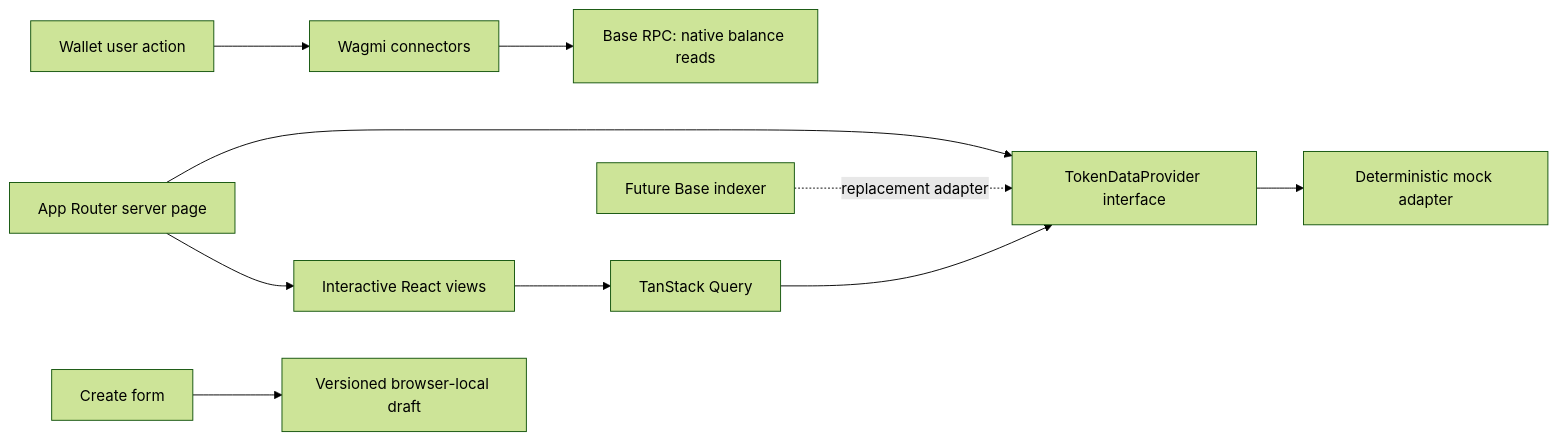
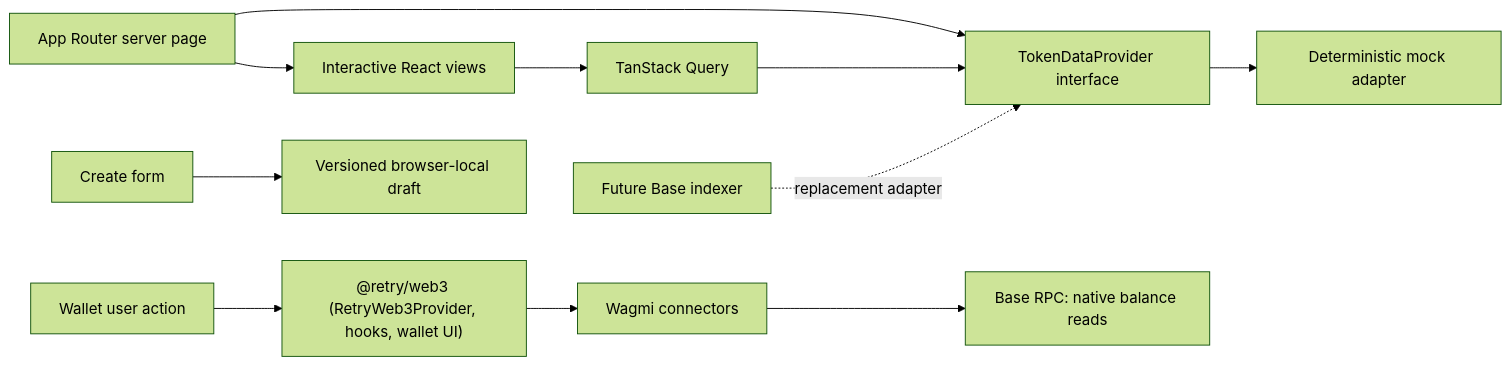
The diagram in docs/ARCHITECTURE.md (ArthurBudagMatsuda/launchpadlendaria), drawn with Mermaid (forest theme) before and after one commit. The commit also changed other lines of this file and 6 other files, not shown here.

````diff
--- a/docs/ARCHITECTURE.md
+++ b/docs/ARCHITECTURE.md
@@ -11,12 +11,13 @@
 ```mermaid
 flowchart LR
   Page[App Router server page] --> Provider[TokenDataProvider interface]
   Provider --> Demo[Deterministic mock adapter]
   Page --> UI[Interactive React views]
   UI --> Query[TanStack Query]
   Query --> Provider
-  Wallet[Wallet user action] --> Wagmi[Wagmi connectors]
+  Wallet[Wallet user action] --> Web3["@retry/web3 (RetryWeb3Provider, hooks, wallet UI)"]
+  Web3 --> Wagmi[Wagmi connectors]
   Wagmi --> RPC[Base RPC: native balance reads]
   Browser[Create form] --> Draft[Versioned browser-local draft]
   Indexer[Future Base indexer] -. replacement adapter .-> Provider
 ```
````
